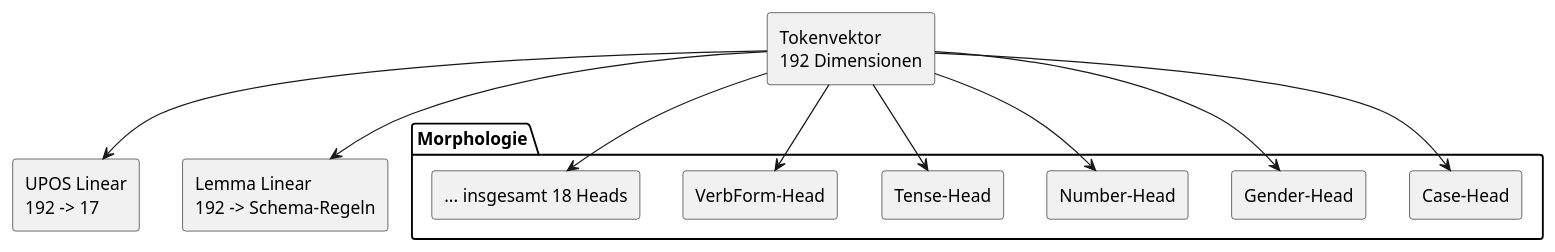
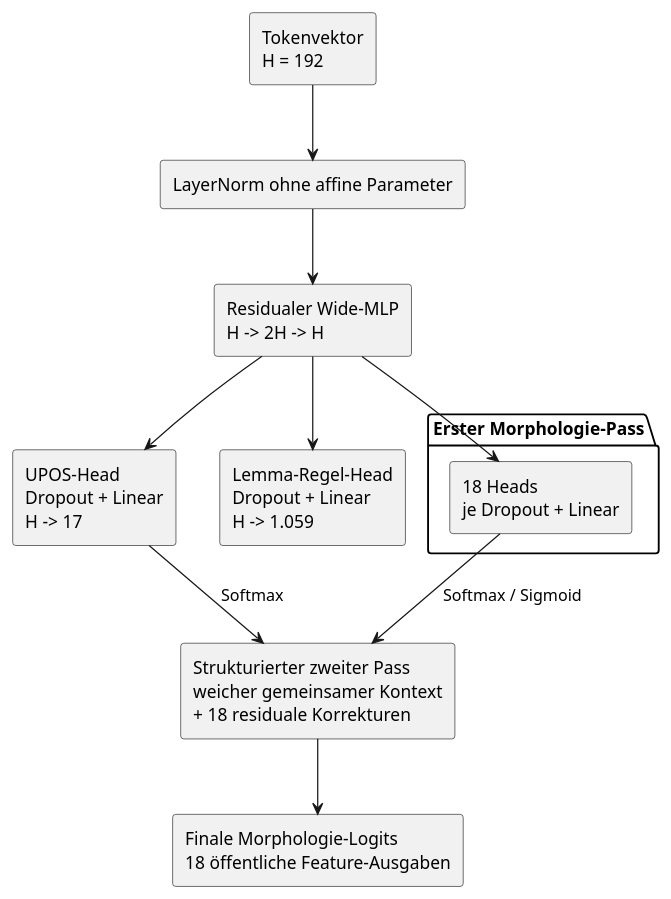
The fifth of 8 diagrams in docs/ARCHITECTURE.md (dmlux/Prism), drawn with PlantUML before and after one commit. The commit also changed other lines of this file and 54 other files, not shown here.

````diff
--- a/docs/ARCHITECTURE.md
+++ b/docs/ARCHITECTURE.md
@@ -613,29 +860,29 @@
 ```plantuml
 @startuml task-heads
 skinparam backgroundColor transparent
 skinparam shadowing false
 
-rectangle "Tokenvektor\n192 Dimensionen" as TokenVector
+rectangle "Tokenvektor\nH = 192" as TokenVector
+rectangle "LayerNorm ohne affine Parameter" as Normalize
+rectangle "Residualer Wide-MLP\nH -> 2H -> H" as Shared
 
-rectangle "UPOS Linear\n192 -> 17" as Upos
-rectangle "Lemma Linear\n192 -> Schema-Regeln" as Lemma
+rectangle "UPOS-Head\nDropout + Linear\nH -> 17" as Upos
+rectangle "Lemma-Regel-Head\nDropout + Linear\nH -> 1.059" as Lemma
 
-package "Morphologie" {
-  rectangle "Case-Head" as Case
-  rectangle "Gender-Head" as Gender
-  rectangle "Number-Head" as Number
-  rectangle "Tense-Head" as Tense
-  rectangle "VerbForm-Head" as VerbForm
-  rectangle "... insgesamt 18 Heads" as More
+package "Erster Morphologie-Pass" {
+  rectangle "18 Heads\nje Dropout + Linear" as Morph
 }
 
-TokenVector --> Upos
-TokenVector --> Lemma
-TokenVector --> Case
-TokenVector --> Gender
-TokenVector --> Number
-TokenVector --> Tense
-TokenVector --> VerbForm
-TokenVector --> More
+rectangle "Strukturierter zweiter Pass\nweicher gemeinsamer Kontext\n+ 18 residuale Korrekturen" as Structured
+rectangle "Finale Morphologie-Logits\n18 öffentliche Feature-Ausgaben" as MorphFinal
+
+TokenVector --> Normalize
+Normalize --> Shared
+Shared --> Upos
+Shared --> Morph
+Shared --> Lemma
+Upos --> Structured : Softmax
+Morph --> Structured : Softmax / Sigmoid
+Structured --> MorphFinal
 @enduml
 ```
````
